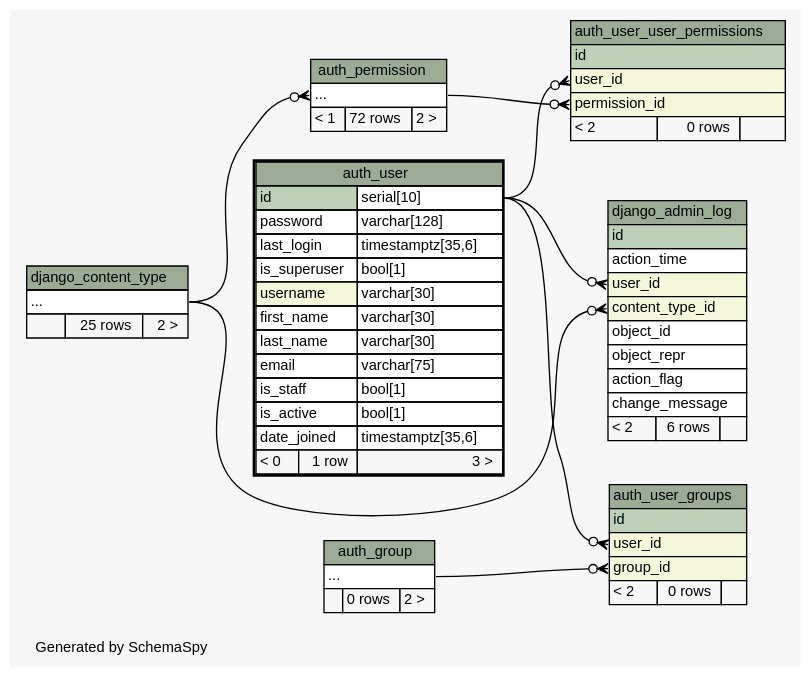
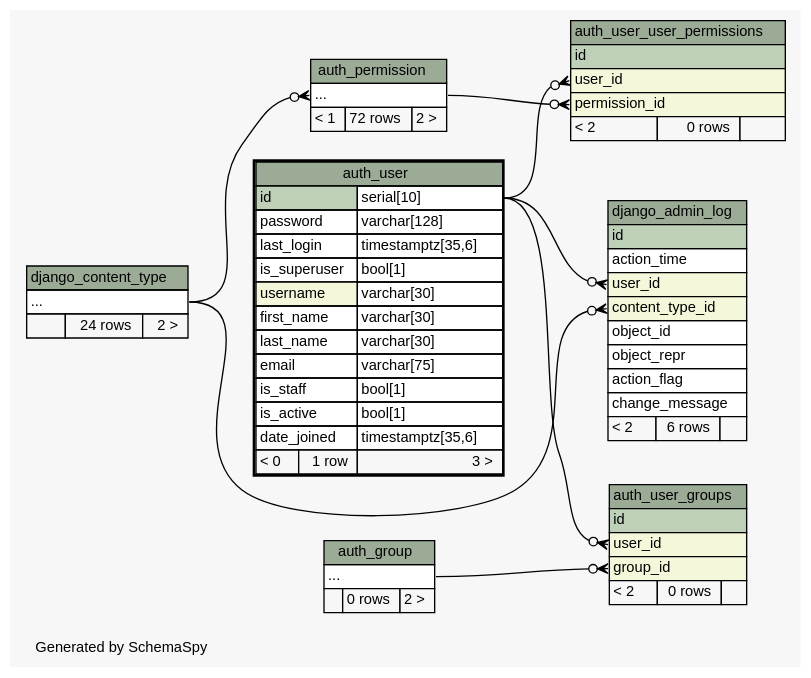
Before and after one commit to jingyayeah/multiscale-galactose: the diagram in database/diagrams/auth_user.2degrees.dot, drawn with Graphviz. The commit also changed 90 other files, not shown here.

```diff
--- a/database/diagrams/auth_user.2degrees.dot
+++ b/database/diagrams/auth_user.2degrees.dot
@@ -1,120 +1,120 @@
 // dot 2.20.2 on Linux 2.6.32-53-generic
 // SchemaSpy rev 590
 digraph "twoDegreesRelationshipsDiagram" {
   graph [
     rankdir="RL"
     bgcolor="#f7f7f7"
     label="\nGenerated by SchemaSpy"
     labeljust="l"
     nodesep="0.18"
     ranksep="0.46"
     fontname="Helvetica"
     fontsize="11"
   ];
   node [
     fontname="Helvetica"
     fontsize="11"
     shape="plaintext"
   ];
   edge [
     arrowsize="0.8"
   ];
   "auth_permission":"elipses":w -> "django_content_type":"elipses":e [arrowhead=none dir=back arrowtail=crowodot];
   "auth_user_groups":"group_id":w -> "auth_group":"elipses":e [arrowhead=none dir=back arrowtail=crowodot];
   "auth_user_groups":"user_id":w -> "auth_user":"id.type":e [arrowhead=none dir=back arrowtail=crowodot];
   "auth_user_user_permissions":"permission_id":w -> "auth_permission":"elipses":e [arrowhead=none dir=back arrowtail=crowodot];
   "auth_user_user_permissions":"user_id":w -> "auth_user":"id.type":e [arrowhead=none dir=back arrowtail=crowodot];
   "django_admin_log":"content_type_id":w -> "django_content_type":"elipses":e [arrowhead=none dir=back arrowtail=crowodot];
   "django_admin_log":"user_id":w -> "auth_user":"id.type":e [arrowhead=none dir=back arrowtail=crowodot];
   "auth_group" [
     label=<
     <TABLE BORDER="0" CELLBORDER="1" CELLSPACING="0" BGCOLOR="#ffffff">
       <TR><TD COLSPAN="3" BGCOLOR="#9bab96" ALIGN="CENTER">auth_group</TD></TR>
       <TR><TD PORT="elipses" COLSPAN="3" ALIGN="LEFT">...</TD></TR>
       <TR><TD ALIGN="LEFT" BGCOLOR="#f7f7f7">  </TD><TD ALIGN="RIGHT" BGCOLOR="#f7f7f7">0 rows</TD><TD ALIGN="RIGHT" BGCOLOR="#f7f7f7">2 &gt;</TD></TR>
     </TABLE>>
     URL="auth_group.html"
     tooltip="auth_group"
   ];
   "auth_permission" [
     label=<
     <TABLE BORDER="0" CELLBORDER="1" CELLSPACING="0" BGCOLOR="#ffffff">
       <TR><TD COLSPAN="3" BGCOLOR="#9bab96" ALIGN="CENTER">auth_permission</TD></TR>
       <TR><TD PORT="elipses" COLSPAN="3" ALIGN="LEFT">...</TD></TR>
       <TR><TD ALIGN="LEFT" BGCOLOR="#f7f7f7">&lt; 1</TD><TD ALIGN="RIGHT" BGCOLOR="#f7f7f7">72 rows</TD><TD ALIGN="RIGHT" BGCOLOR="#f7f7f7">2 &gt;</TD></TR>
     </TABLE>>
     URL="auth_permission.html"
     tooltip="auth_permission"
   ];
   "auth_user" [
     label=<
     <TABLE BORDER="2" CELLBORDER="1" CELLSPACING="0" BGCOLOR="#ffffff">
       <TR><TD COLSPAN="3" BGCOLOR="#9bab96" ALIGN="CENTER">auth_user</TD></TR>
       <TR><TD PORT="id" COLSPAN="2" BGCOLOR="#bed1b8" ALIGN="LEFT">id</TD><TD PORT="id.type" ALIGN="LEFT">serial[10]</TD></TR>
       <TR><TD PORT="password" COLSPAN="2" ALIGN="LEFT">password</TD><TD PORT="password.type" ALIGN="LEFT">varchar[128]</TD></TR>
       <TR><TD PORT="last_login" COLSPAN="2" ALIGN="LEFT">last_login</TD><TD PORT="last_login.type" ALIGN="LEFT">timestamptz[35,6]</TD></TR>
       <TR><TD PORT="is_superuser" COLSPAN="2" ALIGN="LEFT">is_superuser</TD><TD PORT="is_superuser.type" ALIGN="LEFT">bool[1]</TD></TR>
       <TR><TD PORT="username" COLSPAN="2" BGCOLOR="#f4f7da" ALIGN="LEFT">username</TD><TD PORT="username.type" ALIGN="LEFT">varchar[30]</TD></TR>
       <TR><TD PORT="first_name" COLSPAN="2" ALIGN="LEFT">first_name</TD><TD PORT="first_name.type" ALIGN="LEFT">varchar[30]</TD></TR>
       <TR><TD PORT="last_name" COLSPAN="2" ALIGN="LEFT">last_name</TD><TD PORT="last_name.type" ALIGN="LEFT">varchar[30]</TD></TR>
       <TR><TD PORT="email" COLSPAN="2" ALIGN="LEFT">email</TD><TD PORT="email.type" ALIGN="LEFT">varchar[75]</TD></TR>
       <TR><TD PORT="is_staff" COLSPAN="2" ALIGN="LEFT">is_staff</TD><TD PORT="is_staff.type" ALIGN="LEFT">bool[1]</TD></TR>
       <TR><TD PORT="is_active" COLSPAN="2" ALIGN="LEFT">is_active</TD><TD PORT="is_active.type" ALIGN="LEFT">bool[1]</TD></TR>
       <TR><TD PORT="date_joined" COLSPAN="2" ALIGN="LEFT">date_joined</TD><TD PORT="date_joined.type" ALIGN="LEFT">timestamptz[35,6]</TD></TR>
       <TR><TD ALIGN="LEFT" BGCOLOR="#f7f7f7">&lt; 0</TD><TD ALIGN="RIGHT" BGCOLOR="#f7f7f7">1 row</TD><TD ALIGN="RIGHT" BGCOLOR="#f7f7f7">3 &gt;</TD></TR>
     </TABLE>>
     URL="auth_user.html"
     tooltip="auth_user"
   ];
   "auth_user_groups" [
     label=<
     <TABLE BORDER="0" CELLBORDER="1" CELLSPACING="0" BGCOLOR="#ffffff">
       <TR><TD COLSPAN="3" BGCOLOR="#9bab96" ALIGN="CENTER">auth_user_groups</TD></TR>
       <TR><TD PORT="id" COLSPAN="3" BGCOLOR="#bed1b8" ALIGN="LEFT">id</TD></TR>
       <TR><TD PORT="user_id" COLSPAN="3" BGCOLOR="#f4f7da" ALIGN="LEFT">user_id</TD></TR>
       <TR><TD PORT="group_id" COLSPAN="3" BGCOLOR="#f4f7da" ALIGN="LEFT">group_id</TD></TR>
       <TR><TD ALIGN="LEFT" BGCOLOR="#f7f7f7">&lt; 2</TD><TD ALIGN="RIGHT" BGCOLOR="#f7f7f7">0 rows</TD><TD ALIGN="RIGHT" BGCOLOR="#f7f7f7">  </TD></TR>
     </TABLE>>
     URL="auth_user_groups.html"
     tooltip="auth_user_groups"
   ];
   "auth_user_user_permissions" [
     label=<
     <TABLE BORDER="0" CELLBORDER="1" CELLSPACING="0" BGCOLOR="#ffffff">
       <TR><TD COLSPAN="3" BGCOLOR="#9bab96" ALIGN="CENTER">auth_user_user_permissions</TD></TR>
       <TR><TD PORT="id" COLSPAN="3" BGCOLOR="#bed1b8" ALIGN="LEFT">id</TD></TR>
       <TR><TD PORT="user_id" COLSPAN="3" BGCOLOR="#f4f7da" ALIGN="LEFT">user_id</TD></TR>
       <TR><TD PORT="permission_id" COLSPAN="3" BGCOLOR="#f4f7da" ALIGN="LEFT">permission_id</TD></TR>
       <TR><TD ALIGN="LEFT" BGCOLOR="#f7f7f7">&lt; 2</TD><TD ALIGN="RIGHT" BGCOLOR="#f7f7f7">0 rows</TD><TD ALIGN="RIGHT" BGCOLOR="#f7f7f7">  </TD></TR>
     </TABLE>>
     URL="auth_user_user_permissions.html"
     tooltip="auth_user_user_permissions"
   ];
   "django_admin_log" [
     label=<
     <TABLE BORDER="0" CELLBORDER="1" CELLSPACING="0" BGCOLOR="#ffffff">
       <TR><TD COLSPAN="3" BGCOLOR="#9bab96" ALIGN="CENTER">django_admin_log</TD></TR>
       <TR><TD PORT="id" COLSPAN="3" BGCOLOR="#bed1b8" ALIGN="LEFT">id</TD></TR>
       <TR><TD PORT="action_time" COLSPAN="3" ALIGN="LEFT">action_time</TD></TR>
       <TR><TD PORT="user_id" COLSPAN="3" BGCOLOR="#f4f7da" ALIGN="LEFT">user_id</TD></TR>
       <TR><TD PORT="content_type_id" COLSPAN="3" BGCOLOR="#f4f7da" ALIGN="LEFT">content_type_id</TD></TR>
       <TR><TD PORT="object_id" COLSPAN="3" ALIGN="LEFT">object_id</TD></TR>
       <TR><TD PORT="object_repr" COLSPAN="3" ALIGN="LEFT">object_repr</TD></TR>
       <TR><TD PORT="action_flag" COLSPAN="3" ALIGN="LEFT">action_flag</TD></TR>
       <TR><TD PORT="change_message" COLSPAN="3" ALIGN="LEFT">change_message</TD></TR>
       <TR><TD ALIGN="LEFT" BGCOLOR="#f7f7f7">&lt; 2</TD><TD ALIGN="RIGHT" BGCOLOR="#f7f7f7">6 rows</TD><TD ALIGN="RIGHT" BGCOLOR="#f7f7f7">  </TD></TR>
     </TABLE>>
     URL="django_admin_log.html"
     tooltip="django_admin_log"
   ];
   "django_content_type" [
     label=<
     <TABLE BORDER="0" CELLBORDER="1" CELLSPACING="0" BGCOLOR="#ffffff">
       <TR><TD COLSPAN="3" BGCOLOR="#9bab96" ALIGN="CENTER">django_content_type</TD></TR>
       <TR><TD PORT="elipses" COLSPAN="3" ALIGN="LEFT">...</TD></TR>
-      <TR><TD ALIGN="LEFT" BGCOLOR="#f7f7f7">  </TD><TD ALIGN="RIGHT" BGCOLOR="#f7f7f7">25 rows</TD><TD ALIGN="RIGHT" BGCOLOR="#f7f7f7">2 &gt;</TD></TR>
+      <TR><TD ALIGN="LEFT" BGCOLOR="#f7f7f7">  </TD><TD ALIGN="RIGHT" BGCOLOR="#f7f7f7">24 rows</TD><TD ALIGN="RIGHT" BGCOLOR="#f7f7f7">2 &gt;</TD></TR>
     </TABLE>>
     URL="django_content_type.html"
     tooltip="django_content_type"
   ];
 }
```
